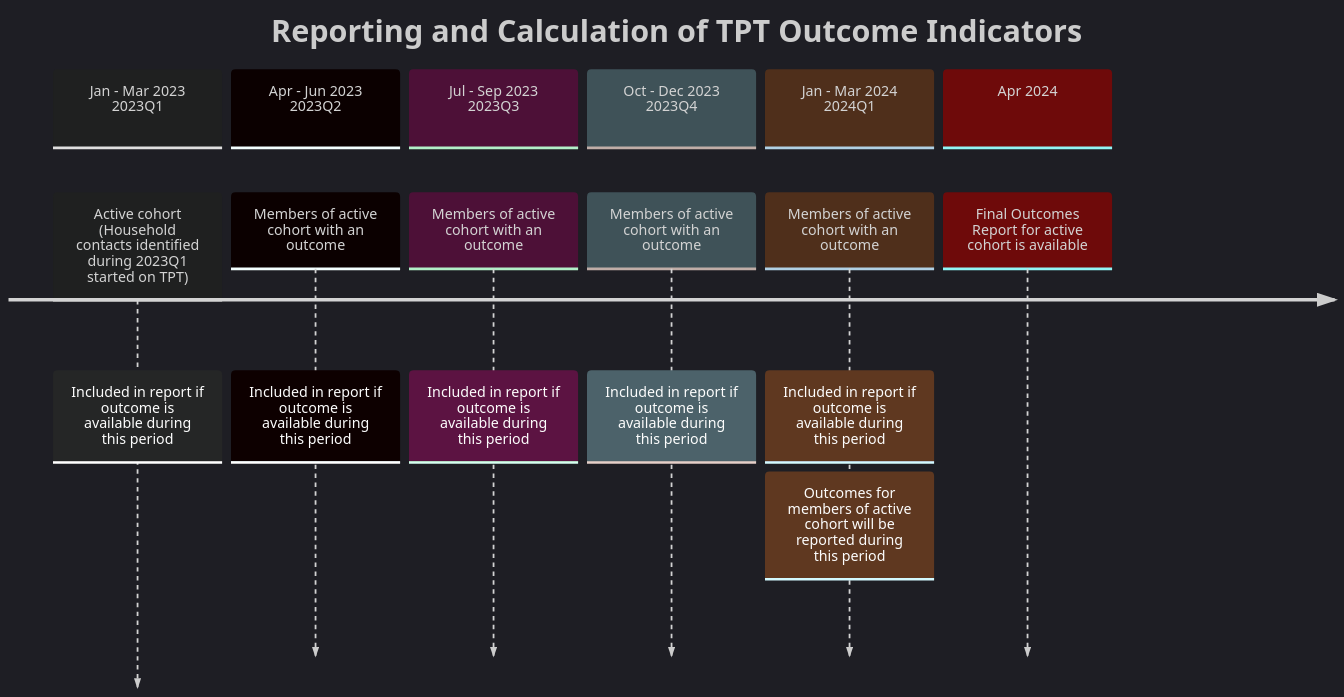
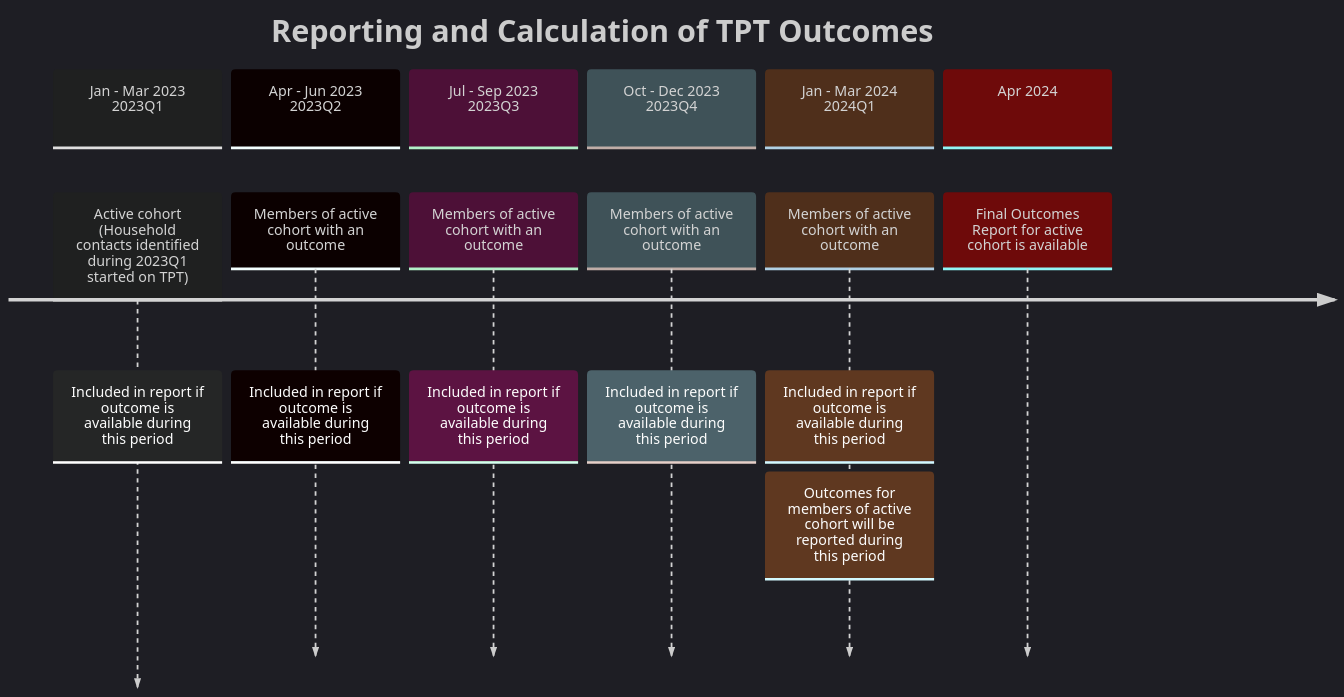
Before and after one commit to dhis2-metadata/TB_HH: the diagram in docs/tb_hh-design.md, drawn with Mermaid. The commit also changed other lines of this file, not shown here.

````diff
--- a/docs/tb_hh-design.md
+++ b/docs/tb_hh-design.md
@@ -10,19 +9,19 @@
  ```mermaid
 
 %%{init: {'mirrorActors': false, 'theme': 'dark' } }%%
 timeline
-    title Reporting and Calculation of TPT Outcome Indicators
+    title Reporting and Calculation of TPT Outcomes
     section Jan - Mar 2023 <br> 2023Q1
       Active cohort (Household contacts identified during 2023Q1 started on TPT): Included in report if outcome is available during this period
     section Apr - Jun 2023 <br> 2023Q2
       Members of active cohort with an outcome: Included in report if outcome is available during this period
     section Jul - Sep 2023 <br> 2023Q3
       Members of active cohort with an outcome: Included in report if outcome is available during this period
     section Oct - Dec 2023 <br> 2023Q4
       Members of active cohort with an outcome: Included in report if outcome is available during this period
     section Jan - Mar 2024 <br> 2024Q1
       Members of active cohort with an outcome: Included in report if outcome is available during this period: Outcomes for members of active cohort will be reported during this period
     section Apr 2024
       Final Outcomes Report for active cohort is available
 
 ```
````
